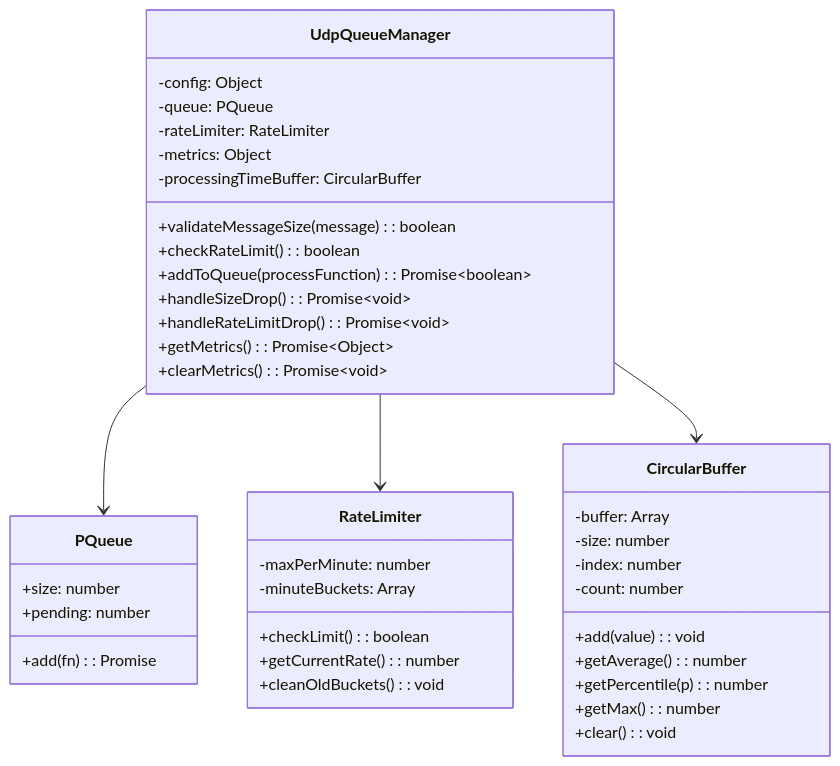
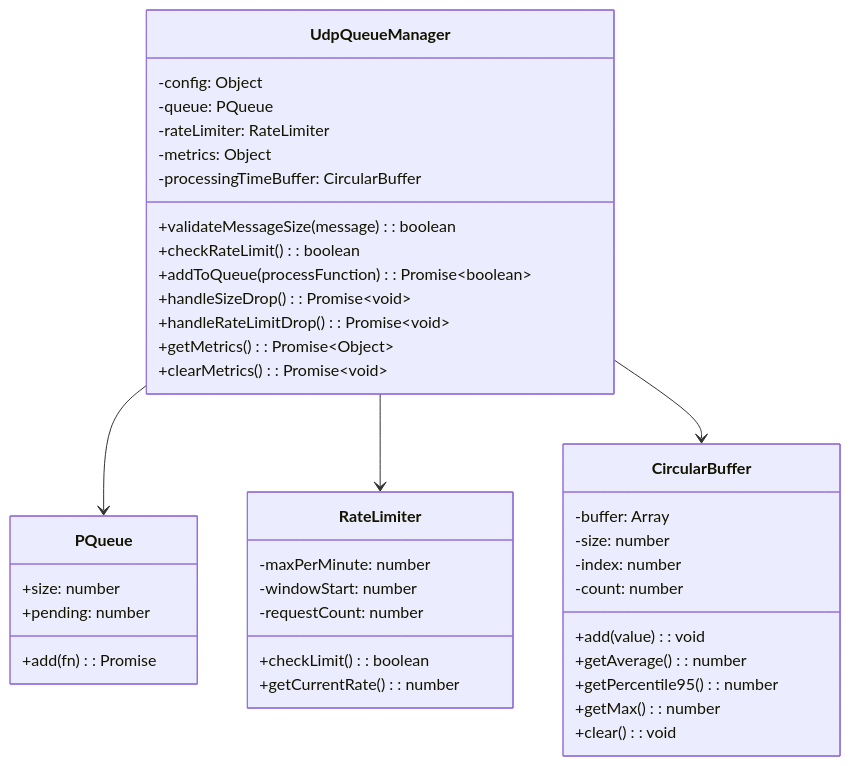
One commit to ptarmiganlabs/butler changed the second of 2 diagrams in docs/completed_work/udp-queue-management.md. Above: the diagram before and after it, drawn with Mermaid.

Commit message:
Potential fix for pull request finding

````diff
--- a/docs/completed_work/udp-queue-management.md
+++ b/docs/completed_work/udp-queue-management.md
@@ -38,47 +38,47 @@
 ```mermaid
 classDiagram
     class UdpQueueManager {
         -config: Object
         -queue: PQueue
         -rateLimiter: RateLimiter
         -metrics: Object
         -processingTimeBuffer: CircularBuffer
         +validateMessageSize(message): boolean
         +checkRateLimit(): boolean
         +addToQueue(processFunction): Promise~boolean~
         +handleSizeDrop(): Promise~void~
         +handleRateLimitDrop(): Promise~void~
         +getMetrics(): Promise~Object~
         +clearMetrics(): Promise~void~
     }
     
     class CircularBuffer {
         -buffer: Array
         -size: number
         -index: number
         -count: number
         +add(value): void
         +getAverage(): number
-        +getPercentile(p): number
+        +getPercentile95(): number
         +getMax(): number
         +clear(): void
     }
     
     class RateLimiter {
         -maxPerMinute: number
-        -minuteBuckets: Array
+        -windowStart: number
+        -requestCount: number
         +checkLimit(): boolean
         +getCurrentRate(): number
-        +cleanOldBuckets(): void
     }
     
     class PQueue {
         +add(fn): Promise
         +size: number
         +pending: number
     }
     
     UdpQueueManager --> PQueue
     UdpQueueManager --> RateLimiter
     UdpQueueManager --> CircularBuffer
 ```
````
